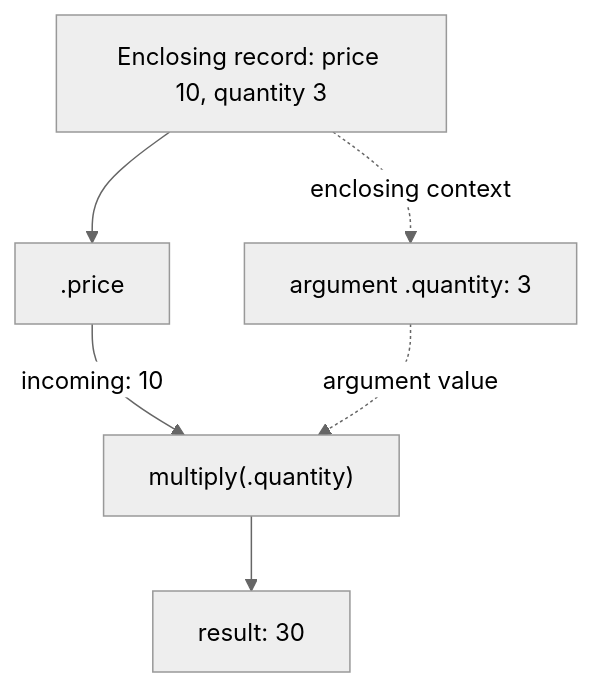
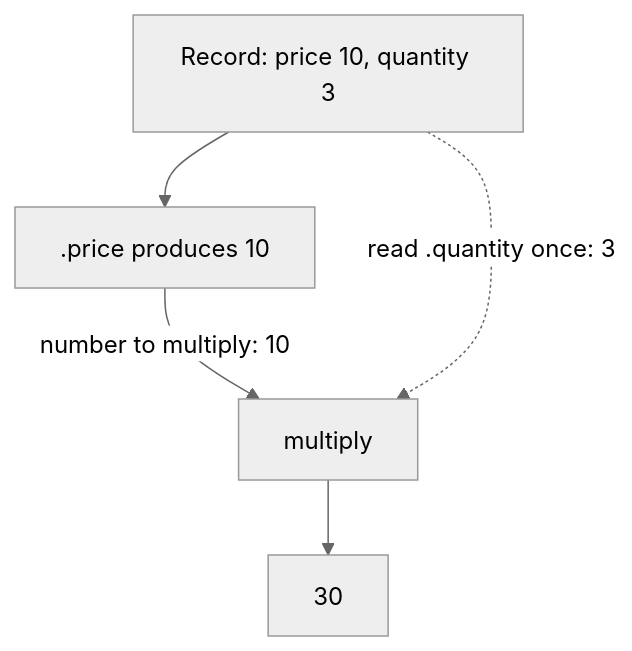
Before and after one commit to Seddryck/Expressif: the first of 2 diagrams in docs/language/argument-contexts.md, drawn with Mermaid (neutral theme). The commit also changed other lines of this file, not shown here.

Commit message:
docs: explain natural readings before context mechanics

````diff
--- a/docs/language/argument-contexts.md
+++ b/docs/language/argument-contexts.md
@@ -62,8 +56,7 @@
 ```mermaid
 flowchart TD
-    R["Enclosing record: price 10, quantity 3"] --> F[".price"]
-    F -->|"incoming: 10"| M["multiply(.quantity)"]
-    R -. "enclosing context" .-> Q["argument .quantity: 3"]
-    Q -. "argument value" .-> M
-    M --> O["result: 30"]
+    R["Record: price 10, quantity 3"] --> P[".price produces 10"]
+    P -->|"number to multiply: 10"| M["multiply"]
+    R -. "read .quantity once: 3" .-> M
+    M --> O["30"]
 ```
````
